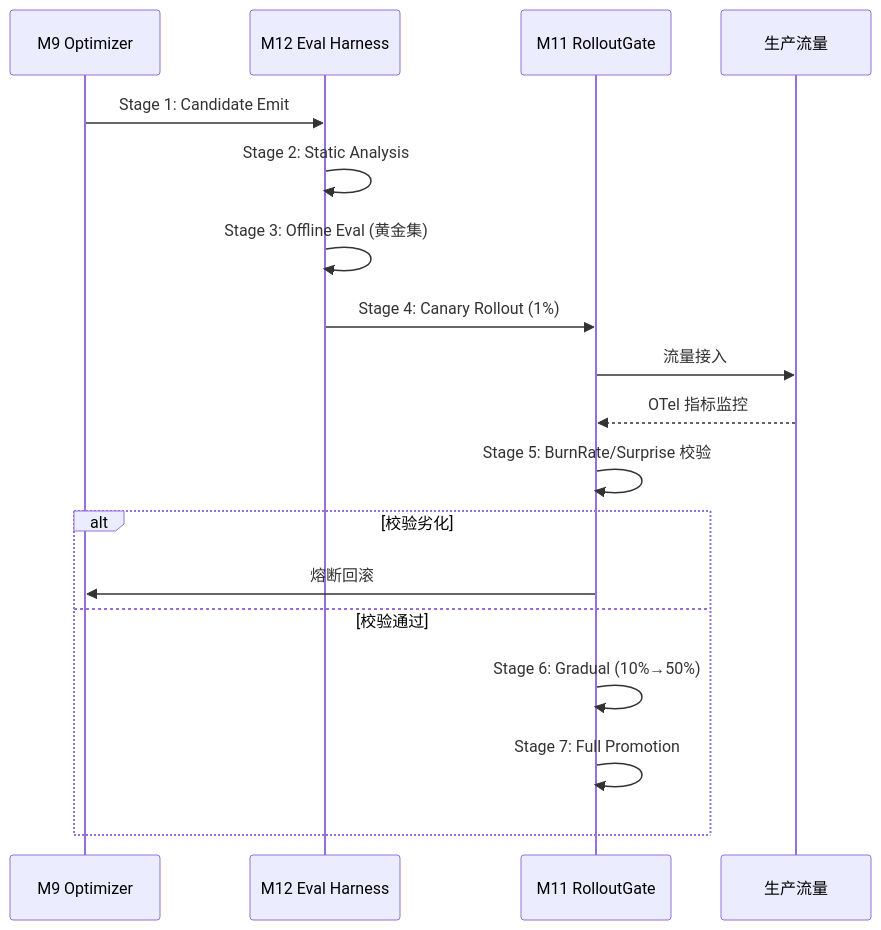
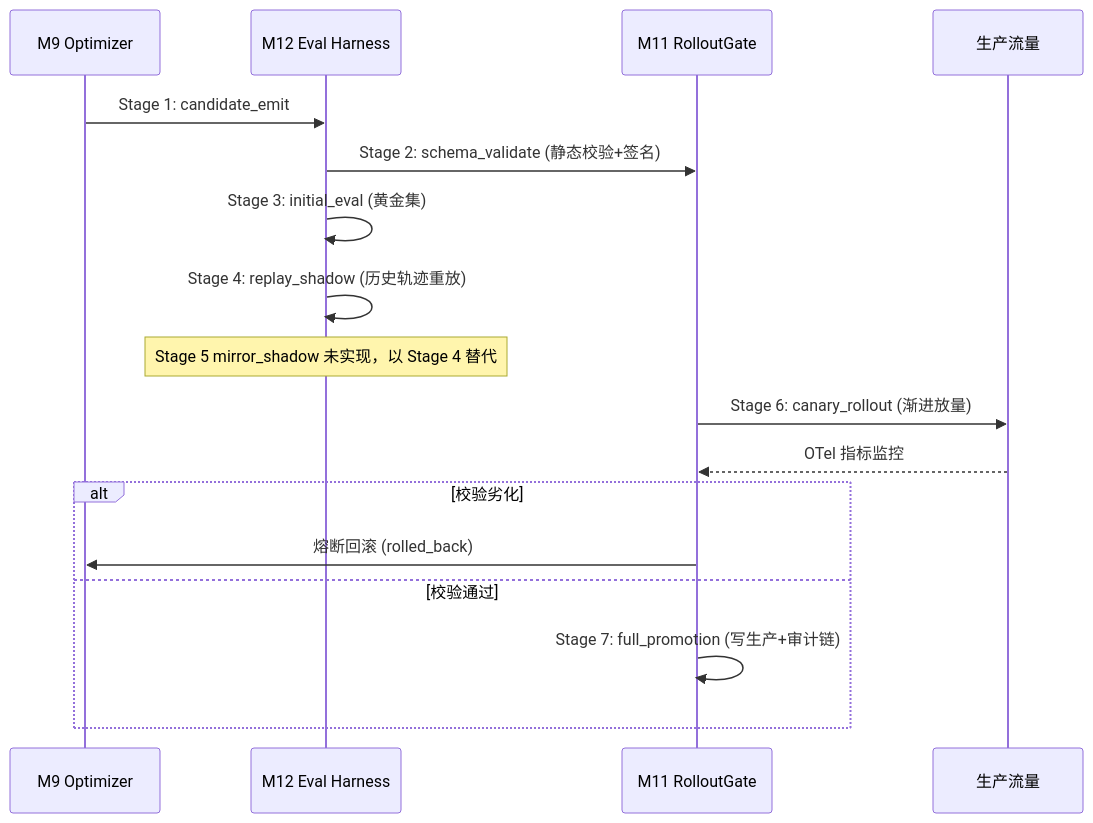
One commit to polarisagi/polaris changed the seventh of 7 diagrams in docs/arch/DIAGRAMS.md. Above: the diagram before and after it, drawn with Mermaid. The commit also changed other lines of this file and 106 other files, not shown here.

````diff
--- a/docs/arch/DIAGRAMS.md
+++ b/docs/arch/DIAGRAMS.md
@@ -283,21 +281,20 @@
 ```mermaid
 sequenceDiagram
     participant M9 as M9 Optimizer
     participant M12 as M12 Eval Harness
     participant M11 as M11 RolloutGate
     participant Prod as 生产流量
-    
-    M9->>M12: Stage 1: Candidate Emit
-    M12->>M12: Stage 2: Static Analysis
-    M12->>M12: Stage 3: Offline Eval (黄金集)
-    M12->>M11: Stage 4: Canary Rollout (1%)
-    M11->>Prod: 流量接入
+
+    M9->>M12: Stage 1: candidate_emit
+    M12->>M11: Stage 2: schema_validate (静态校验+签名)
+    M12->>M12: Stage 3: initial_eval (黄金集)
+    M12->>M12: Stage 4: replay_shadow (历史轨迹重放)
+    Note over M12: Stage 5 mirror_shadow 未实现，以 Stage 4 替代
+    M11->>Prod: Stage 6: canary_rollout (渐进放量)
     Prod-->>M11: OTel 指标监控
-    M11->>M11: Stage 5: BurnRate/Surprise 校验
     alt 校验劣化
-        M11->>M9: 熔断回滚
+        M11->>M9: 熔断回滚 (rolled_back)
     else 校验通过
-        M11->>M11: Stage 6: Gradual (10%→50%)
-        M11->>M11: Stage 7: Full Promotion
+        M11->>M11: Stage 7: full_promotion (写生产+审计链)
     end
 ```
````
